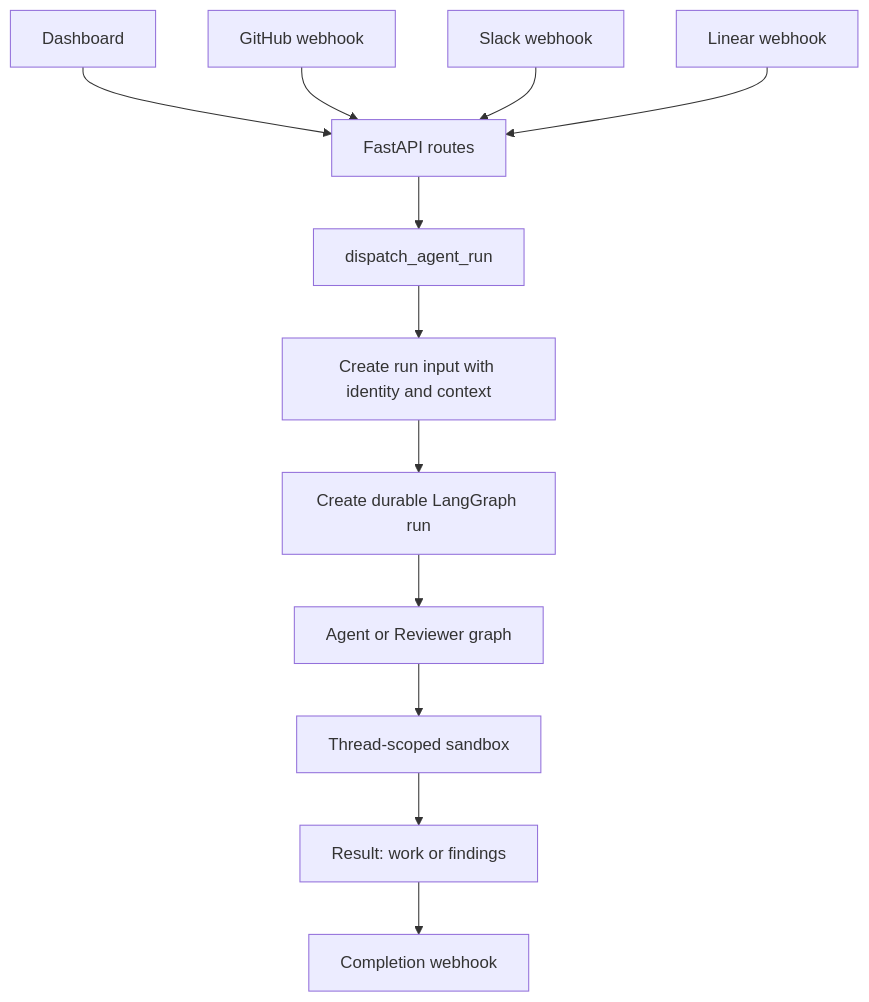
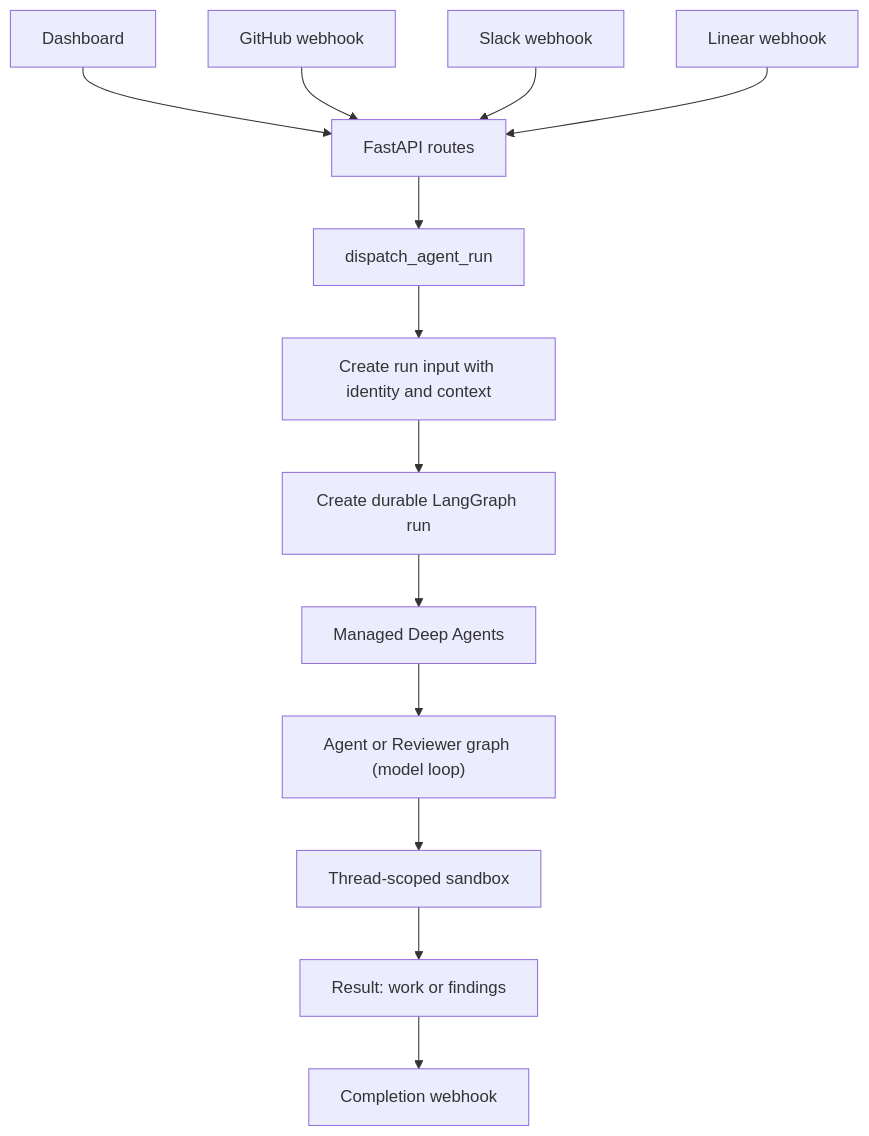
The diagram in openwiki/quickstart.md (aeteq/open-swe), drawn with Mermaid before and after one commit. The commit also changed other lines of this file and 45 other files, not shown here.

````diff
--- a/openwiki/quickstart.md
+++ b/openwiki/quickstart.md
@@ -81,16 +82,17 @@
 ```mermaid
 flowchart TD
     Dashboard["Dashboard"] --> Api["FastAPI routes"]
     GitHub["GitHub webhook"] --> Api
     Slack["Slack webhook"] --> Api
     Linear["Linear webhook"] --> Api
     
     Api --> Dispatch["dispatch_agent_run"]
     Dispatch --> RunInput["Create run input with identity and context"]
     RunInput --> DurableRun["Create durable LangGraph run"]
-    DurableRun --> AgentGraph["Agent or Reviewer graph"]
+    DurableRun --> MDA["Managed Deep Agents"]
+    MDA --> AgentGraph["Agent or Reviewer graph (model loop)"]
     
     AgentGraph --> Sandbox["Thread-scoped sandbox"]
     Sandbox --> Result["Result: work or findings"]
     Result --> Webhook["Completion webhook"]
 ```
````
